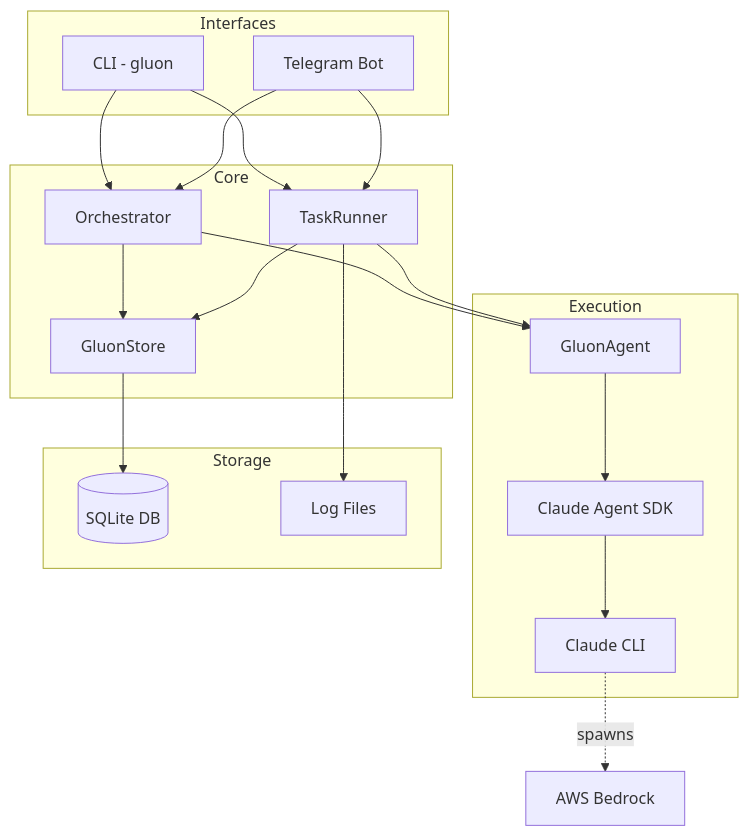
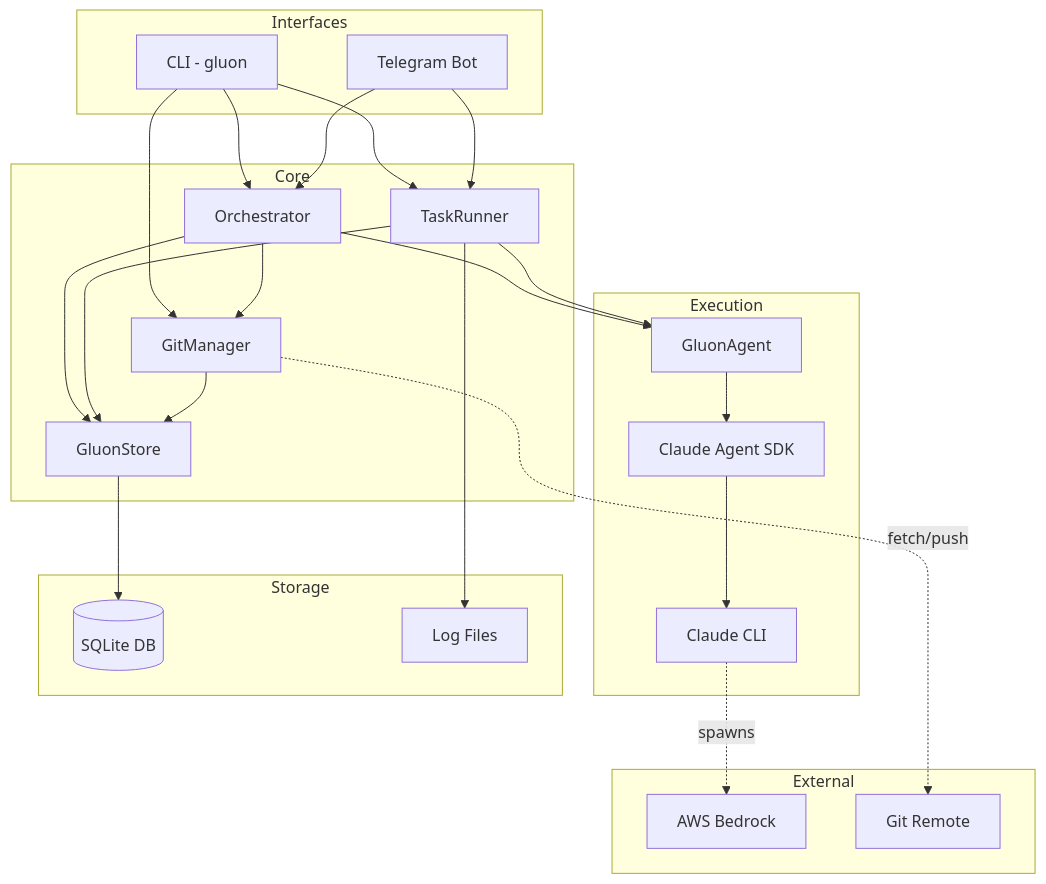
One commit to carrotly-ai/gluon-agent changed the first of 11 diagrams in README.md. Above: the diagram before and after it, drawn with Mermaid. The commit also changed other lines of this file and 8 other files, not shown here.

First line of the commit message:
feat: add GitManager for automatic git synchronization

````diff
--- a/README.md
+++ b/README.md
@@ -65,42 +72,53 @@
 ```mermaid
 graph TB
     subgraph Interfaces
         CLI[CLI - gluon]
         TG[Telegram Bot]
     end
 
     subgraph Core
         ORCH[Orchestrator]
         RUNNER[TaskRunner]
         STORE[GluonStore]
+        GIT[GitManager]
     end
 
     subgraph Execution
         AGENT[GluonAgent]
         SDK[Claude Agent SDK]
         CLAUDE[Claude CLI]
     end
 
     subgraph Storage
         DB[(SQLite DB)]
         LOGS[Log Files]
     end
 
+    subgraph External
+        BEDROCK[AWS Bedrock]
+        REMOTE[Git Remote]
+    end
+
     CLI --> ORCH
     CLI --> RUNNER
+    CLI --> GIT
     TG --> ORCH
     TG --> RUNNER
 
     ORCH --> STORE
     ORCH --> AGENT
+    ORCH --> GIT
     RUNNER --> STORE
     RUNNER --> AGENT
+
+    GIT --> STORE
+    GIT -.->|fetch/push| REMOTE
 
     AGENT --> SDK
     SDK --> CLAUDE
 
     STORE --> DB
     RUNNER --> LOGS
 
-    CLAUDE -.->|spawns| BEDROCK[AWS Bedrock]
+    CLAUDE -.->|spawns| BEDROCK
 ```
````
